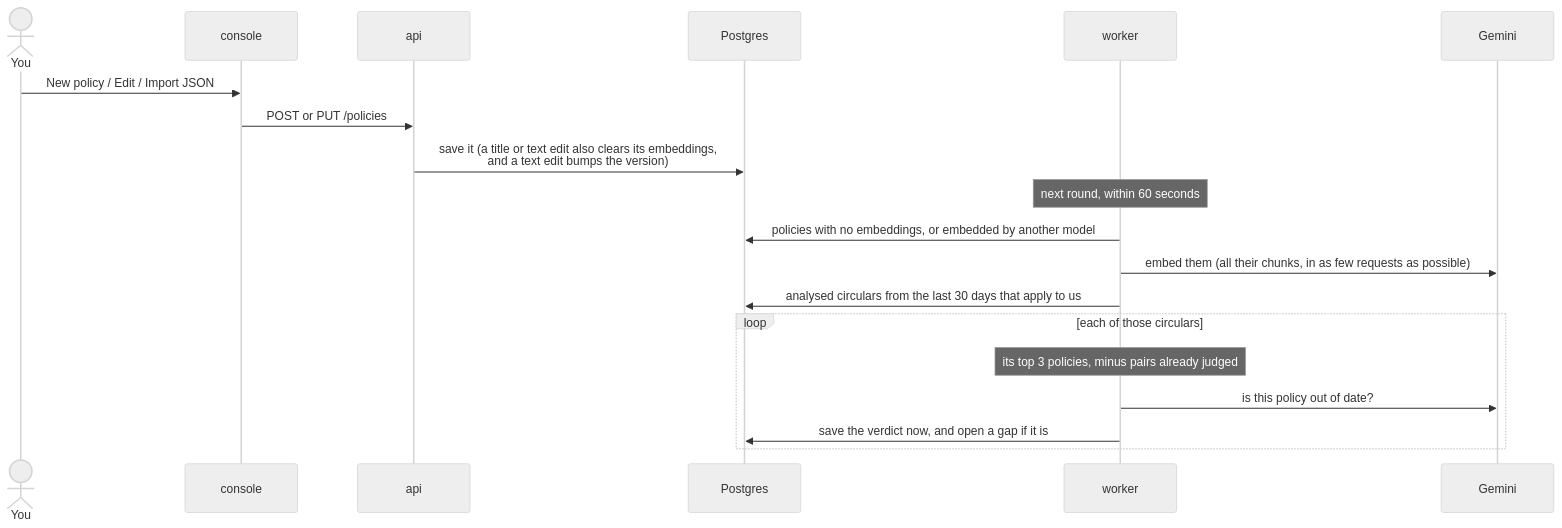
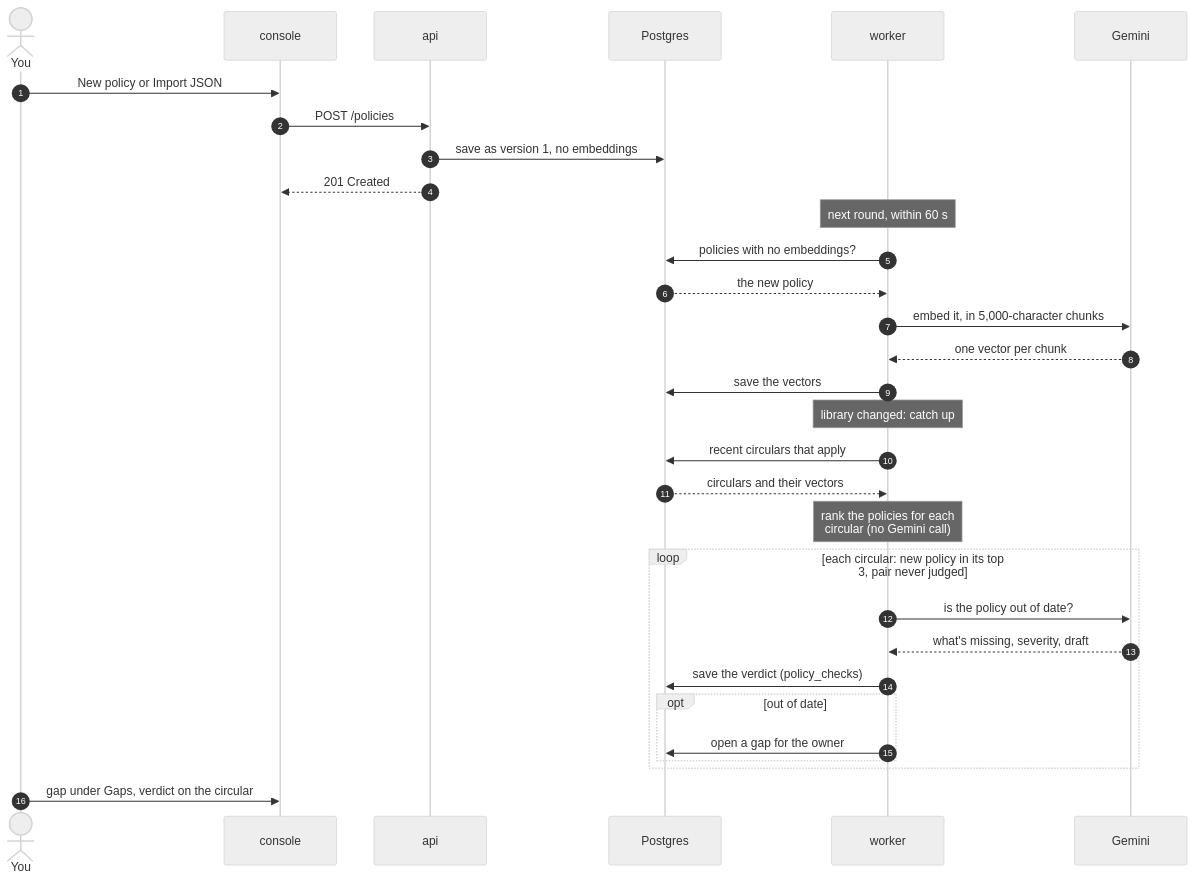
Before and after one commit to selvakumarperumal/Regulatory_Circular_Impact_Agent: the tenth of 21 diagrams in how_it_works.md, drawn with Mermaid (neutral theme). The commit also changed other lines of this file, not shown here.

Commit message:
Expand system architecture documentation

````diff
--- a/how_it_works.md
+++ b/how_it_works.md
@@ -398,22 +442,34 @@
 ```mermaid
 sequenceDiagram
+    autonumber
     actor U as You
     participant F as console
     participant A as api
     participant DB as Postgres
     participant K as worker
     participant G as Gemini
 
-    U->>F: New policy / Edit / Import JSON
-    F->>A: POST or PUT /policies
-    A->>DB: save it (a title or text edit also clears its embeddings,<br/>and a text edit bumps the version)
-    Note over K: next round, within 60 seconds
-    K->>DB: policies with no embeddings, or embedded by another model
-    K->>G: embed them (all their chunks, in as few requests as possible)
-    K->>DB: analysed circulars from the last 30 days that apply to us
-    loop each of those circulars
-        Note over K: its top 3 policies, minus pairs already judged
-        K->>G: is this policy out of date?
-        K->>DB: save the verdict now, and open a gap if it is
+    U->>F: New policy or Import JSON
+    F->>A: POST /policies
+    A->>DB: save as version 1, no embeddings
+    A-->>F: 201 Created
+    Note over K: next round, within 60 s
+    K->>DB: policies with no embeddings?
+    DB-->>K: the new policy
+    K->>G: embed it, in 5,000-character chunks
+    G-->>K: one vector per chunk
+    K->>DB: save the vectors
+    Note over K: library changed: catch up
+    K->>DB: recent circulars that apply
+    DB-->>K: circulars and their vectors
+    Note over K: rank the policies for each<br/>circular (no Gemini call)
+    loop each circular: new policy in its top 3, pair never judged
+        K->>G: is the policy out of date?
+        G-->>K: what's missing, severity, draft
+        K->>DB: save the verdict (policy_checks)
+        opt out of date
+            K->>DB: open a gap for the owner
+        end
     end
+    U->>F: gap under Gaps, verdict on the circular
 ```
````
